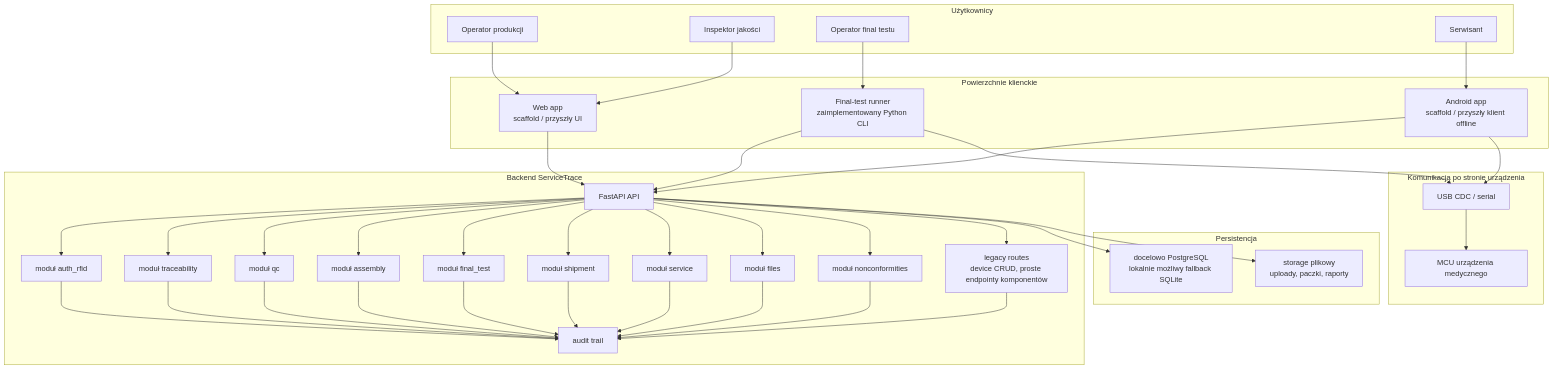
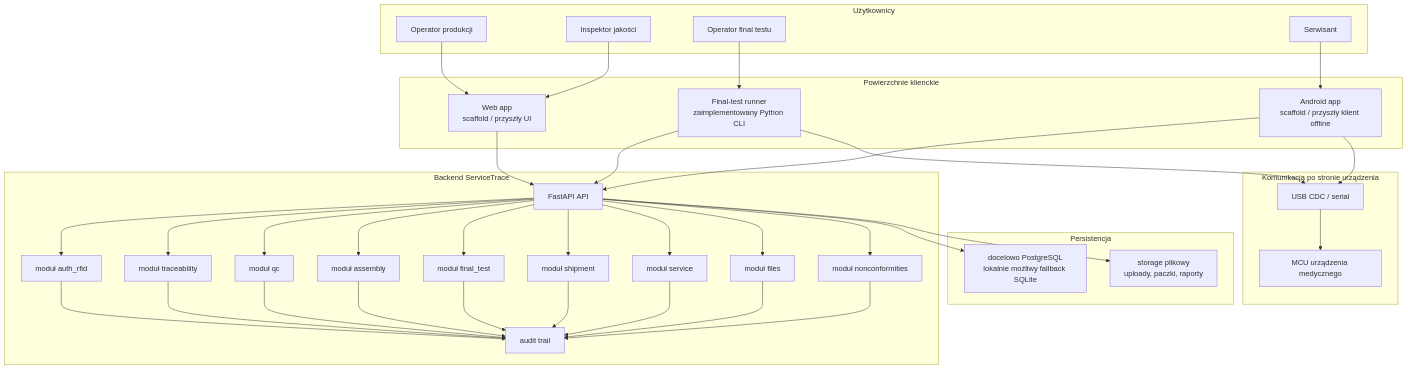
One commit to cichonmichal76-collab/quality changed the diagram in docs/diagrams/system-architecture.md. Above: the diagram before and after it, drawn with Mermaid. The commit also changed other lines of this file and 10 other files, not shown here.

Commit message:
remove-legacy-api-router

````diff
--- a/docs/diagrams/system-architecture.md
+++ b/docs/diagrams/system-architecture.md
@@ -9,77 +9,74 @@
 ```mermaid
 graph TD
     subgraph Users["Użytkownicy"]
         PROD["Operator produkcji"]
         QUAL["Inspektor jakości"]
         TEST["Operator final testu"]
         TECH["Serwisant"]
     end
 
     subgraph Clients["Powierzchnie klienckie"]
         WEB["Web app<br/>scaffold / przyszły UI"]
         RUNNER["Final-test runner<br/>zaimplementowany Python CLI"]
         MOBILE["Android app<br/>scaffold / przyszły klient offline"]
     end
 
     subgraph Backend["Backend ServiceTrace"]
         API["FastAPI API"]
         AUTH["moduł auth_rfid"]
         TRACE["moduł traceability"]
         QC["moduł qc"]
         ASSEMBLY["moduł assembly"]
         FINALTEST["moduł final_test"]
         SHIPMENT["moduł shipment"]
         SERVICE["moduł service"]
         FILESMOD["moduł files"]
         NCR["moduł nonconformities"]
-        LEGACY["legacy routes<br/>device CRUD, proste endpointy komponentów"]
         AUDIT["audit trail"]
     end
 
     subgraph Data["Persistencja"]
         DB["docelowo PostgreSQL<br/>lokalnie możliwy fallback SQLite"]
         FILES["storage plikowy<br/>uploady, paczki, raporty"]
     end
 
     subgraph DeviceSide["Komunikacja po stronie urządzenia"]
         MCU["MCU urządzenia medycznego"]
         USB["USB CDC / serial"]
     end
 
     PROD --> WEB
     QUAL --> WEB
     TEST --> RUNNER
     TECH --> MOBILE
 
     WEB --> API
     RUNNER --> API
     MOBILE --> API
 
     API --> AUTH
     API --> TRACE
     API --> QC
     API --> ASSEMBLY
     API --> FINALTEST
     API --> SHIPMENT
     API --> SERVICE
     API --> FILESMOD
     API --> NCR
-    API --> LEGACY
     AUTH --> AUDIT
     TRACE --> AUDIT
     QC --> AUDIT
     ASSEMBLY --> AUDIT
     FINALTEST --> AUDIT
     SHIPMENT --> AUDIT
     SERVICE --> AUDIT
     FILESMOD --> AUDIT
     NCR --> AUDIT
-    LEGACY --> AUDIT
 
     API --> DB
     API --> FILES
 
     RUNNER --> USB
     MOBILE --> USB
     USB --> MCU
 ```
````
